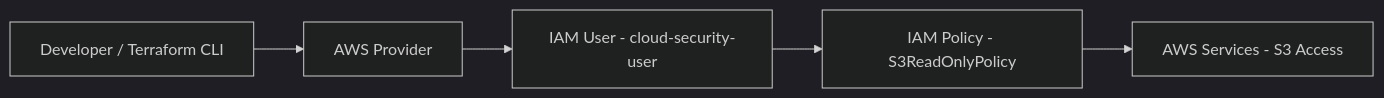
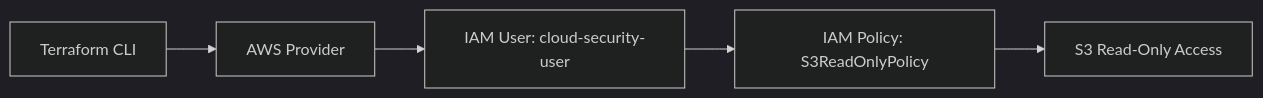
One commit to Afenton122/cloud-engineering-portfolio changed the diagram in README.md. Above: the diagram before and after it, drawn with Mermaid (dark theme). The commit also changed other lines of this file, not shown here.

Commit message:
Refactor IAM baseline README with deployment evidence and architecture diagram

````diff
--- a/README.md
+++ b/README.md
@@ -17,7 +18,7 @@
 ```mermaid
 flowchart LR
-    A["Developer / Terraform CLI"] --> B["AWS Provider"]
-    B --> C["IAM User - cloud-security-user"]
-    C --> D["IAM Policy - S3ReadOnlyPolicy"]
-    D --> E["AWS Services - S3 Access"]
+    A["Terraform CLI"] --> B["AWS Provider"]
+    B --> C["IAM User: cloud-security-user"]
+    C --> D["IAM Policy: S3ReadOnlyPolicy"]
+    D --> E["S3 Read-Only Access"]
 ```
````
